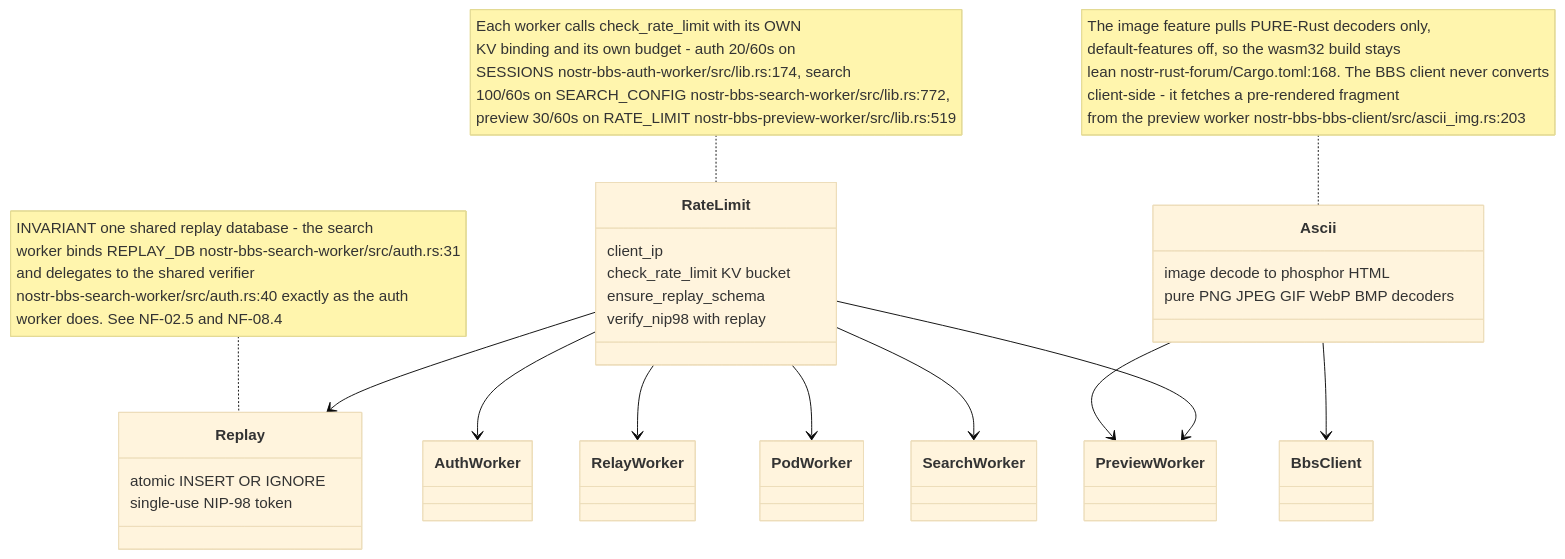
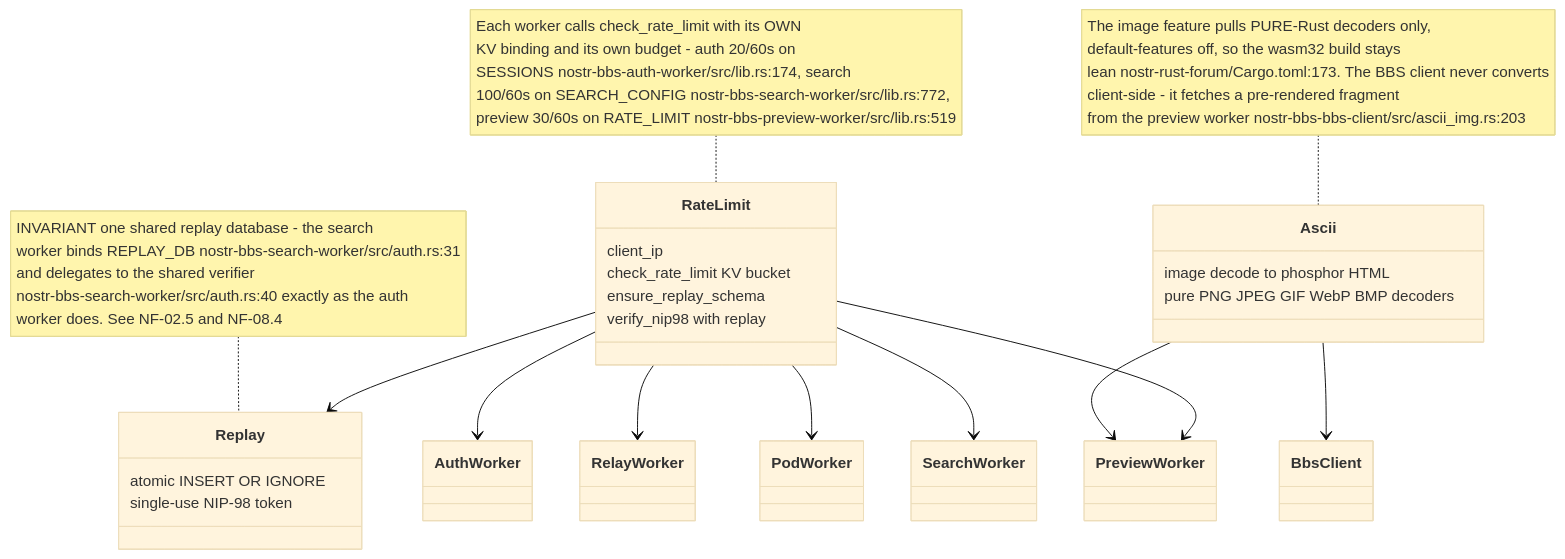
Before and after one commit to DreamLab-AI/VisionFlow: the eighth of 8 diagrams in docs/diagrams/nostr-rust-forum/07-search-preview-and-shared-worker-utilities.md, drawn with Mermaid (base theme). The commit also changed other lines of this file and 136 other files, not shown here.

First line of the commit message:
docs(diagrams): refresh the whole corpus to code HEAD and prune low-value diagrams

````diff
--- a/docs/diagrams/nostr-rust-forum/07-search-preview-and-shared-worker-utilities.md
+++ b/docs/diagrams/nostr-rust-forum/07-search-preview-and-shared-worker-utilities.md
@@ -201,29 +201,29 @@
 ```mermaid
 classDiagram
     class RateLimit {
         client_ip
         check_rate_limit KV bucket
         ensure_replay_schema
         verify_nip98 with replay
     }
     class Replay {
         atomic INSERT OR IGNORE
         single-use NIP-98 token
     }
     class Ascii {
         image decode to phosphor HTML
         pure PNG JPEG GIF WebP BMP decoders
     }
     RateLimit --> Replay
     Ascii --> PreviewWorker
     Ascii --> BbsClient
     RateLimit --> AuthWorker
     RateLimit --> RelayWorker
     RateLimit --> PodWorker
     RateLimit --> SearchWorker
     RateLimit --> PreviewWorker
 
     note for RateLimit "Each worker calls check_rate_limit with its OWN<br/>KV binding and its own budget - auth 20/60s on<br/>SESSIONS nostr-bbs-auth-worker/src/lib.rs:174, search<br/>100/60s on SEARCH_CONFIG nostr-bbs-search-worker/src/lib.rs:772,<br/>preview 30/60s on RATE_LIMIT nostr-bbs-preview-worker/src/lib.rs:519"
     note for Replay "INVARIANT one shared replay database - the search<br/>worker binds REPLAY_DB nostr-bbs-search-worker/src/auth.rs:31<br/>and delegates to the shared verifier<br/>nostr-bbs-search-worker/src/auth.rs:40 exactly as the auth<br/>worker does. See NF-02.5 and NF-08.4"
-    note for Ascii "The image feature pulls PURE-Rust decoders only,<br/>default-features off, so the wasm32 build stays<br/>lean nostr-rust-forum/Cargo.toml:168. The BBS client never converts<br/>client-side - it fetches a pre-rendered fragment<br/>from the preview worker nostr-bbs-bbs-client/src/ascii_img.rs:203"
+    note for Ascii "The image feature pulls PURE-Rust decoders only,<br/>default-features off, so the wasm32 build stays<br/>lean nostr-rust-forum/Cargo.toml:173. The BBS client never converts<br/>client-side - it fetches a pre-rendered fragment<br/>from the preview worker nostr-bbs-bbs-client/src/ascii_img.rs:203"
 ```
````
